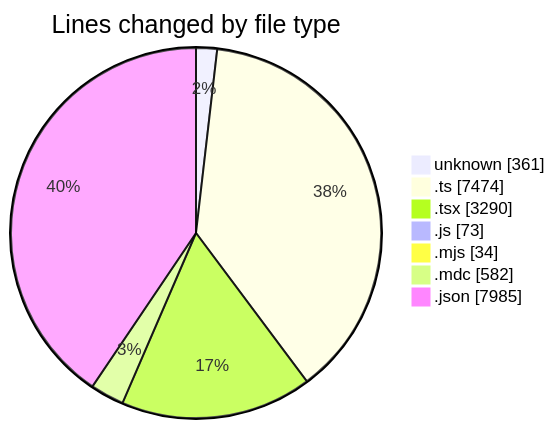
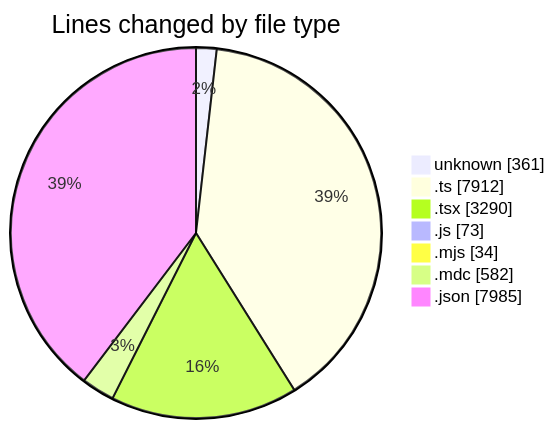
One commit to CELIANVF/code-tracking changed the first of 2 diagrams in 2025-06-13/ecodeli-1/README.md. Above: the diagram before and after it, drawn with Mermaid. The commit also changed other lines of this file and 1 other file, not shown here.

````diff
--- a/2025-06-13/ecodeli-1/README.md
+++ b/2025-06-13/ecodeli-1/README.md
@@ -40,11 +42,11 @@
 ```mermaid
 pie showData
 title Lines changed by file type
 "unknown" : 361
-".ts" : 7474
+".ts" : 7912
 ".tsx" : 3290
 ".js" : 73
 ".mjs" : 34
 ".mdc" : 582
 ".json" : 7985
 ```
````
